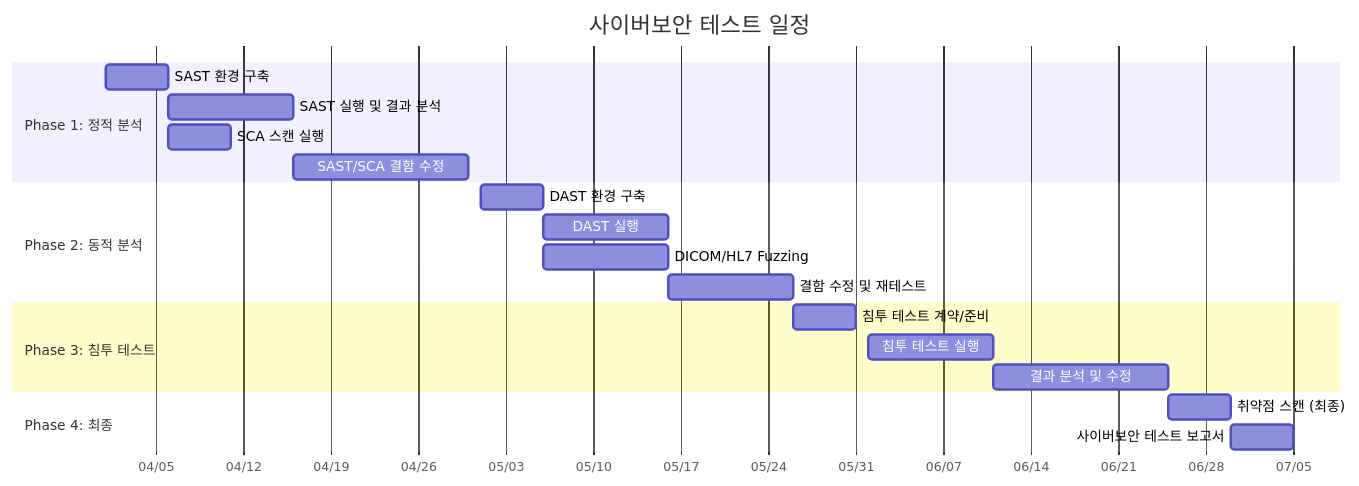
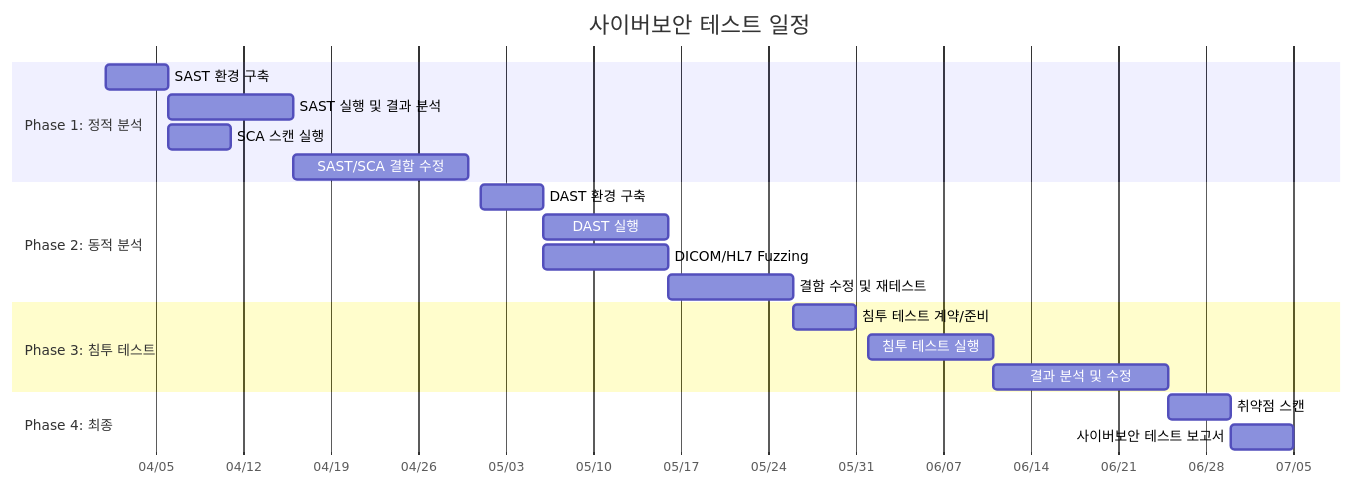
One commit to holee9/console-gui changed the fifth of 5 diagrams in docs/testing/DOC-018_CyberTestPlan_v1.0.md. Above: the diagram before and after it, drawn with Mermaid. The commit also changed 10 other files, not shown here.

First line of the commit message:
fix: Gantt 차트 전면 수정 + 버전 불일치 해소

````diff
--- a/docs/testing/DOC-018_CyberTestPlan_v1.0.md
+++ b/docs/testing/DOC-018_CyberTestPlan_v1.0.md
@@ -409,27 +409,28 @@
 ```mermaid
 gantt
     title 사이버보안 테스트 일정
     dateFormat  YYYY-MM-DD
     axisFormat  %m/%d
     
     section Phase 1: 정적 분석
     SAST 환경 구축             :cs1, 2026-04-01, 5d
     SAST 실행 및 결과 분석      :cs2, 2026-04-06, 10d
     SCA 스캔 실행               :cs3, 2026-04-06, 5d
     SAST/SCA 결함 수정          :cs4, 2026-04-16, 14d
     
     section Phase 2: 동적 분석
     DAST 환경 구축              :cs5, 2026-05-01, 5d
     DAST 실행                   :cs6, 2026-05-06, 10d
     DICOM/HL7 Fuzzing           :cs7, 2026-05-06, 10d
     결함 수정 및 재테스트        :cs8, 2026-05-16, 10d
     
     section Phase 3: 침투 테스트
     침투 테스트 계약/준비        :cs9, 2026-05-26, 5d
     침투 테스트 실행             :cs10, 2026-06-01, 10d
     결과 분석 및 수정            :cs11, 2026-06-11, 14d
     
     section Phase 4: 최종
-    취약점 스캔 (최종)           :cs12, 2026-06-25, 5d
+    취약점 스캔           :cs12, 2026-06-25, 5d
     사이버보안 테스트 보고서      :cs13, 2026-06-30, 5d
+
 ```
````
